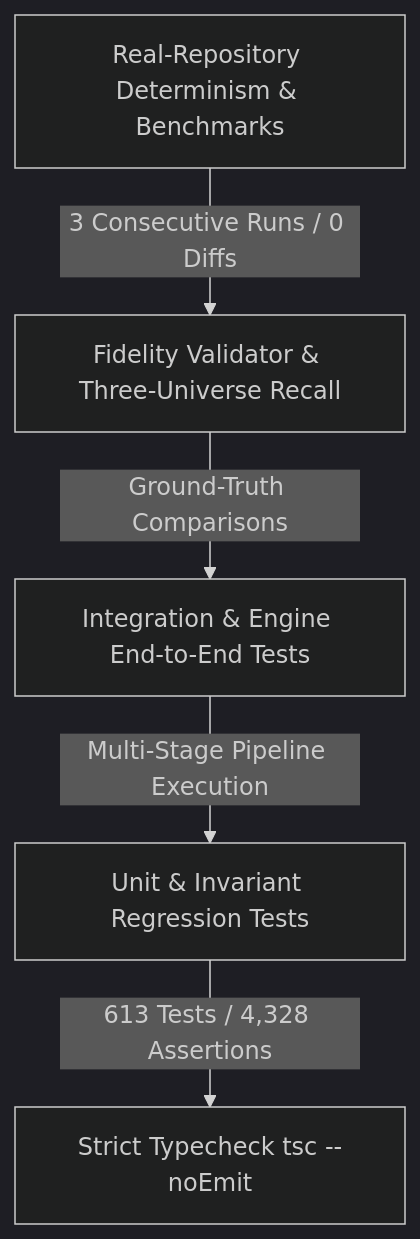
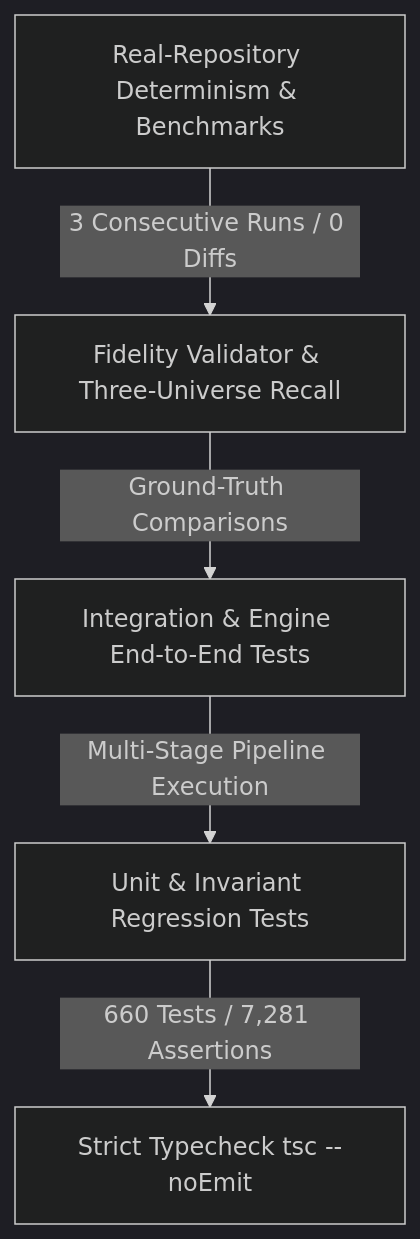
The diagram in docs/development/testing-strategy.md (raitaskeen/LegacyExodus), drawn with Mermaid (dark theme) before and after one commit. The commit also changed other lines of this file and 14 other files, not shown here.

````diff
--- a/docs/development/testing-strategy.md
+++ b/docs/development/testing-strategy.md
@@ -9,7 +9,7 @@
 ```mermaid
 flowchart TD
-    A[Real-Repository Determinism & Benchmarks] -->|3 Consecutive Runs / 0 Diffs| B[Fidelity Validator & Three-Universe Recall]
-    B -->|Ground-Truth Comparisons| C[Integration & Engine End-to-End Tests]
-    C -->|Multi-Stage Pipeline Execution| D[Unit & Invariant Regression Tests]
-    D -->|613 Tests / 4,328 Assertions| E[Strict Typecheck tsc --noEmit]
+    A["Real-Repository Determinism & Benchmarks"] -->|3 Consecutive Runs / 0 Diffs| B["Fidelity Validator & Three-Universe Recall"]
+    B -->|Ground-Truth Comparisons| C["Integration & Engine End-to-End Tests"]
+    C -->|Multi-Stage Pipeline Execution| D["Unit & Invariant Regression Tests"]
+    D -->|660 Tests / 7,281 Assertions| E["Strict Typecheck tsc --noEmit"]
 ```
````
